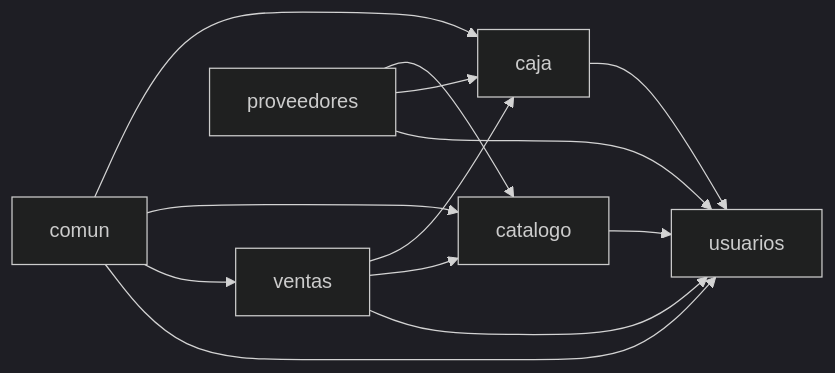
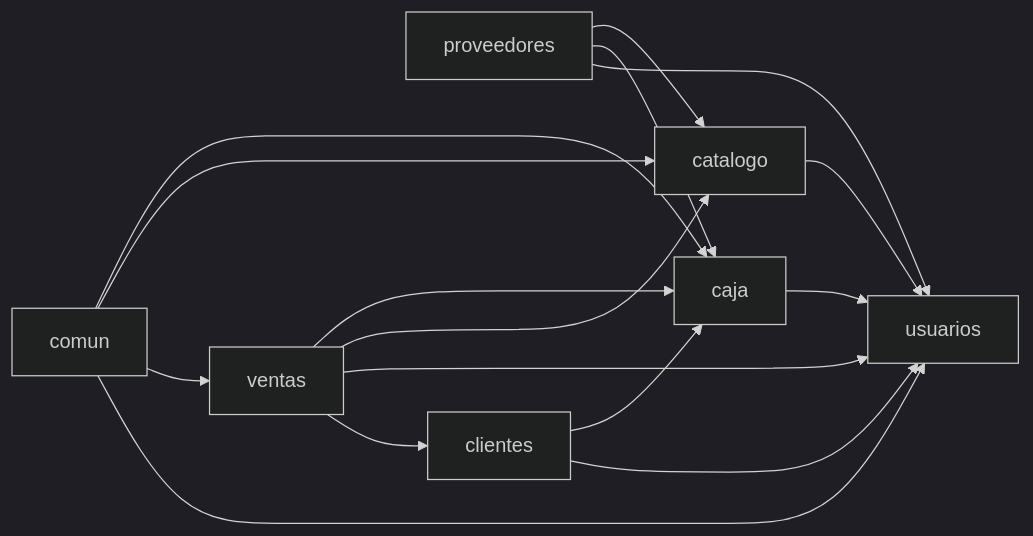
One commit to Ezequielnav/sistema-gestion-carniceria changed the second of 3 diagrams in docs/06-arquitectura.md. Above: the diagram before and after it, drawn with Mermaid (dark theme). The commit also changed other lines of this file and 21 other files, not shown here.

````diff
--- a/docs/06-arquitectura.md
+++ b/docs/06-arquitectura.md
@@ -133,15 +133,18 @@
 ```mermaid
 flowchart LR
     ventas --> caja
     ventas --> catalogo
     caja --> usuarios
     catalogo --> usuarios
     ventas --> usuarios
     proveedores --> catalogo
     proveedores --> caja
     proveedores --> usuarios
+    ventas --> clientes
+    clientes --> caja
+    clientes --> usuarios
     comun --> caja
     comun --> catalogo
     comun --> ventas
     comun --> usuarios
 ```
````
